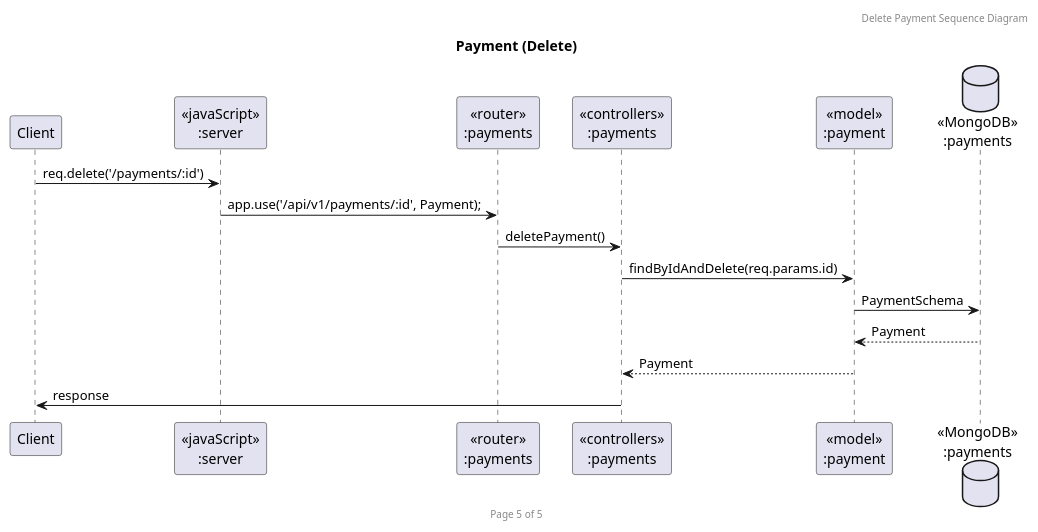
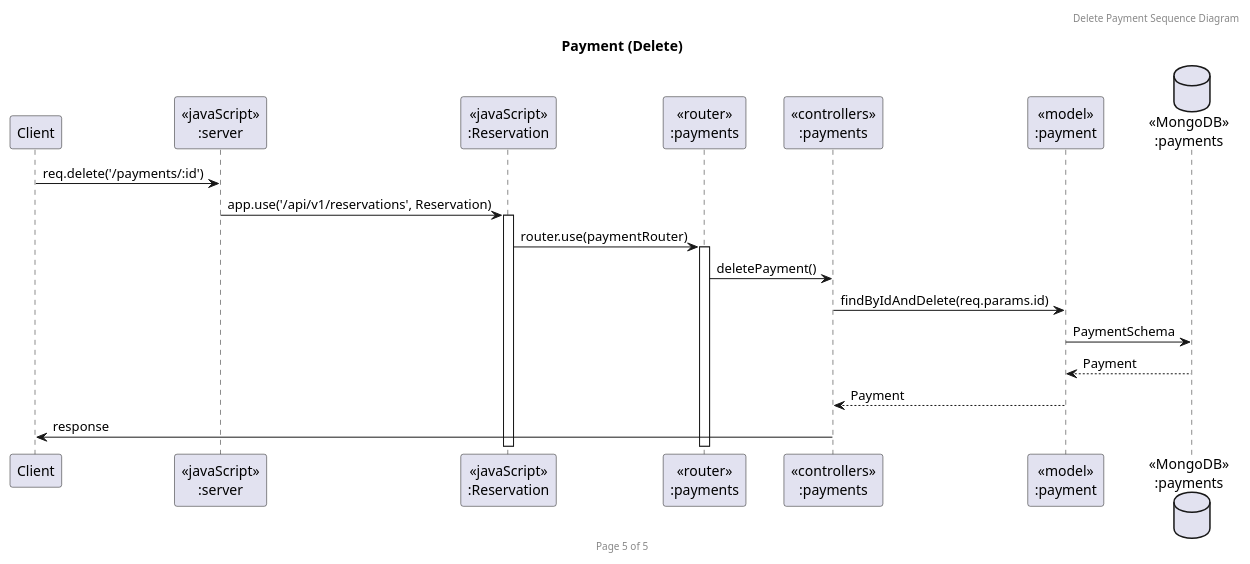
The diagram in Sequence Diagram/Payment/PaymentDelete.puml (marshmeowllo/RestaurantReservation), drawn with PlantUML before and after one commit.

Commit message:
Fix sequence diagram PaymentDelete

```diff
--- a/Sequence Diagram/Payment/PaymentDelete.puml
+++ b/Sequence Diagram/Payment/PaymentDelete.puml
@@ -1,23 +1,25 @@
 @startuml Payment (Delete)
 
 header Delete Payment Sequence Diagram
 footer Page 5 of 5
 title "Payment (Delete)"
 
 participant "Client" as client
 participant "<<javaScript>>\n:server" as server
+participant "<<javaScript>>\n:Reservation" as reservationsRouter
 participant "<<router>>\n:payments" as routerPayments
 participant "<<controllers>>\n:payments" as controllersPayments
 participant "<<model>>\n:payment" as modelPayments
 database "<<MongoDB>>\n:payments" as PaymentDatabase
 
 client->server: req.delete('/payments/:id')
-server->routerPayments: app.use('/api/v1/payments/:id', Payment);
+server->reservationsRouter ++:app.use('/api/v1/reservations', Reservation)
+reservationsRouter -> routerPayments ++:router.use(paymentRouter)
 routerPayments->controllersPayments: deletePayment()
 controllersPayments->modelPayments: findByIdAndDelete(req.params.id)
 modelPayments->PaymentDatabase: PaymentSchema
 PaymentDatabase --> modelPayments --: Payment
 controllersPayments <-- modelPayments --:Payment
 controllersPayments->client --:response
 
 @enduml
```
